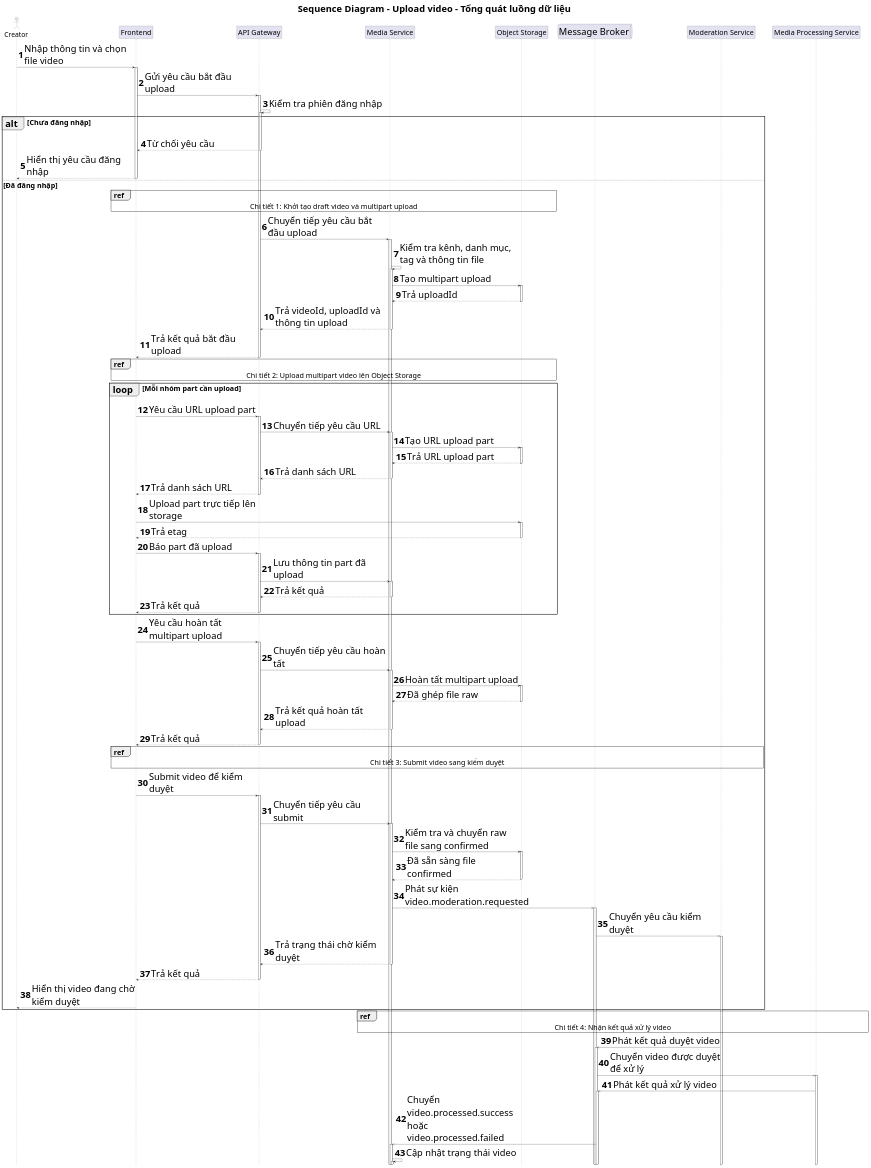
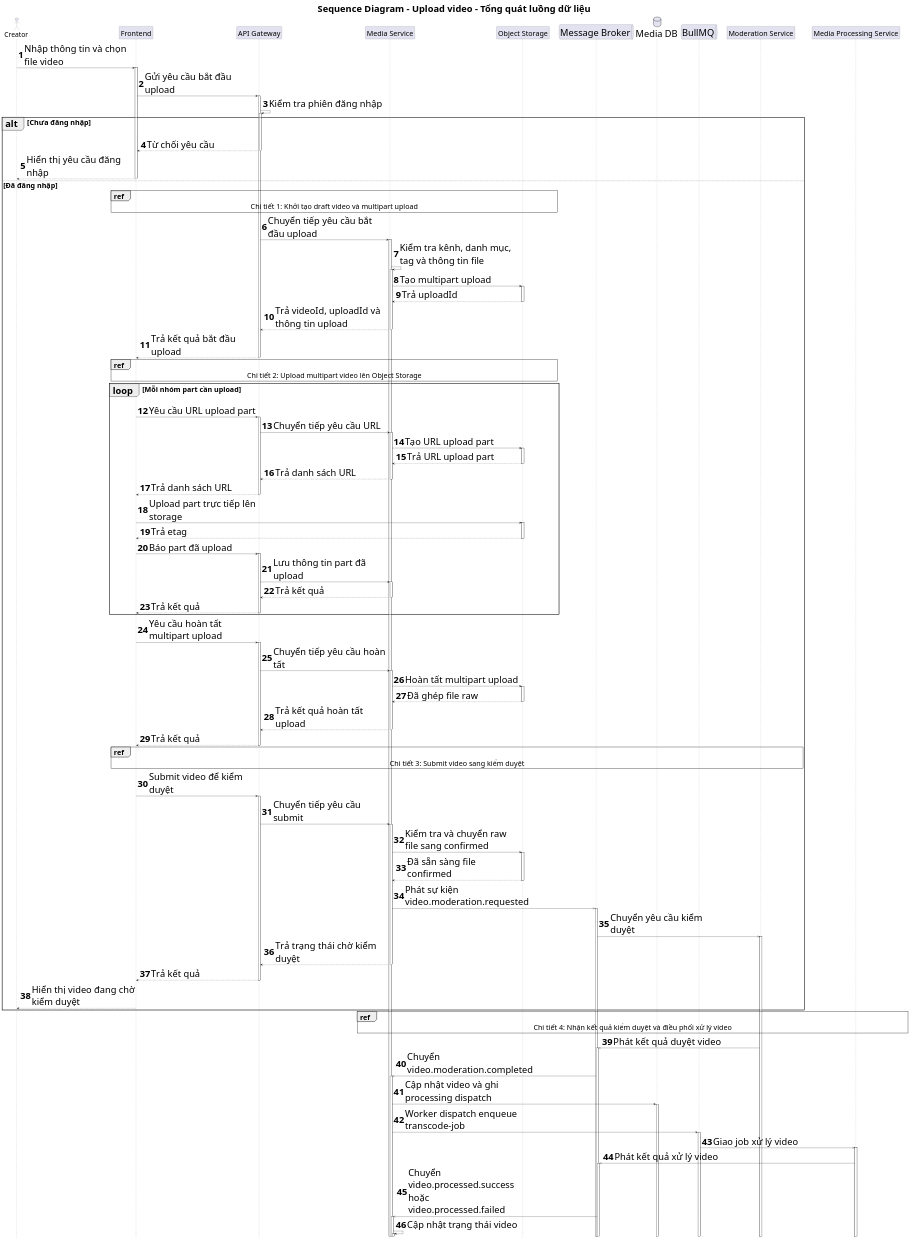
One commit to nanhph04/media-serivce-da changed the diagram in docs/sequence-diagrams/upload-video/upload-video-overview.puml. Above: the diagram before and after it, drawn with PlantUML. The commit also changed 17 other files, not shown here.

Commit message:
feat: add traceId to video-related commands and update processing logic for better tracking

```diff
--- a/docs/sequence-diagrams/upload-video/upload-video-overview.puml
+++ b/docs/sequence-diagrams/upload-video/upload-video-overview.puml
@@ -1,98 +1,103 @@
 @startuml
 title Sequence Diagram - Upload video - Tổng quát luồng dữ liệu
 autonumber
 autoactivate on
 hide footbox
 
 skinparam maxMessageSize 550
 skinparam ParticipantPadding 36
 skinparam TitleFontSize 44
 skinparam defaultFontSize 44
 skinparam sequence {
   ActorFontSize 32
   ParticipantFontSize 34
   MessageFontSize 34
   GroupFontSize 34
   ReferenceFontSize 34
 }
 
 actor "Creator" as Creator
 participant "Frontend" as FE
 participant "API Gateway" as GW
 participant "Media Service" as MS
 participant "Object Storage" as Storage
 queue "Message Broker" as Broker
+database "Media DB" as DB
+queue "BullMQ" as BullMQ
 participant "Moderation Service" as Moderation
 participant "Media Processing Service" as Processing
 
 Creator -> FE: Nhập thông tin và chọn file video
 FE -> GW: Gửi yêu cầu bắt đầu upload
 GW -> GW: Kiểm tra phiên đăng nhập
 
 alt Chưa đăng nhập
   GW --> FE: Từ chối yêu cầu
   FE --> Creator: Hiển thị yêu cầu đăng nhập
 else Đã đăng nhập
   ref over FE, GW, MS, Storage
     Chi tiết 1: Khởi tạo draft video và multipart upload
   end ref
 
   GW -> MS: Chuyển tiếp yêu cầu bắt đầu upload
   MS -> MS: Kiểm tra kênh, danh mục, tag và thông tin file
   MS -> Storage: Tạo multipart upload
   Storage --> MS: Trả uploadId
   MS --> GW: Trả videoId, uploadId và thông tin upload
   GW --> FE: Trả kết quả bắt đầu upload
 
   ref over FE, GW, MS, Storage
     Chi tiết 2: Upload multipart video lên Object Storage
   end ref
 
   loop Mỗi nhóm part cần upload
     FE -> GW: Yêu cầu URL upload part
     GW -> MS: Chuyển tiếp yêu cầu URL
     MS -> Storage: Tạo URL upload part
     Storage --> MS: Trả URL upload part
     MS --> GW: Trả danh sách URL
     GW --> FE: Trả danh sách URL
     FE -> Storage: Upload part trực tiếp lên storage
     Storage --> FE: Trả etag
     FE -> GW: Báo part đã upload
     GW -> MS: Lưu thông tin part đã upload
     MS --> GW: Trả kết quả
     GW --> FE: Trả kết quả
   end
 
   FE -> GW: Yêu cầu hoàn tất multipart upload
   GW -> MS: Chuyển tiếp yêu cầu hoàn tất
   MS -> Storage: Hoàn tất multipart upload
   Storage --> MS: Đã ghép file raw
   MS --> GW: Trả kết quả hoàn tất upload
   GW --> FE: Trả kết quả
 
   ref over FE, GW, MS, Storage, Broker, Moderation
     Chi tiết 3: Submit video sang kiểm duyệt
   end ref
 
   FE -> GW: Submit video để kiểm duyệt
   GW -> MS: Chuyển tiếp yêu cầu submit
   MS -> Storage: Kiểm tra và chuyển raw file sang confirmed
   Storage --> MS: Đã sẵn sàng file confirmed
   MS ->> Broker: Phát sự kiện video.moderation.requested
   Broker ->> Moderation: Chuyển yêu cầu kiểm duyệt
   MS --> GW: Trả trạng thái chờ kiểm duyệt
   GW --> FE: Trả kết quả
   FE --> Creator: Hiển thị video đang chờ kiểm duyệt
 end
 
-ref over Broker, Processing, MS
-  Chi tiết 4: Nhận kết quả xử lý video
+ref over Broker, MS, DB, BullMQ, Processing
+  Chi tiết 4: Nhận kết quả kiểm duyệt và điều phối xử lý video
 end ref
 
 Moderation ->> Broker: Phát kết quả duyệt video
-Broker ->> Processing: Chuyển video được duyệt để xử lý
+Broker ->> MS: Chuyển video.moderation.completed
+MS -> DB: Cập nhật video và ghi processing dispatch
+MS -> BullMQ: Worker dispatch enqueue transcode-job
+BullMQ ->> Processing: Giao job xử lý video
 Processing ->> Broker: Phát kết quả xử lý video
 Broker ->> MS: Chuyển video.processed.success hoặc video.processed.failed
 MS -> MS: Cập nhật trạng thái video
 
 @enduml
```
